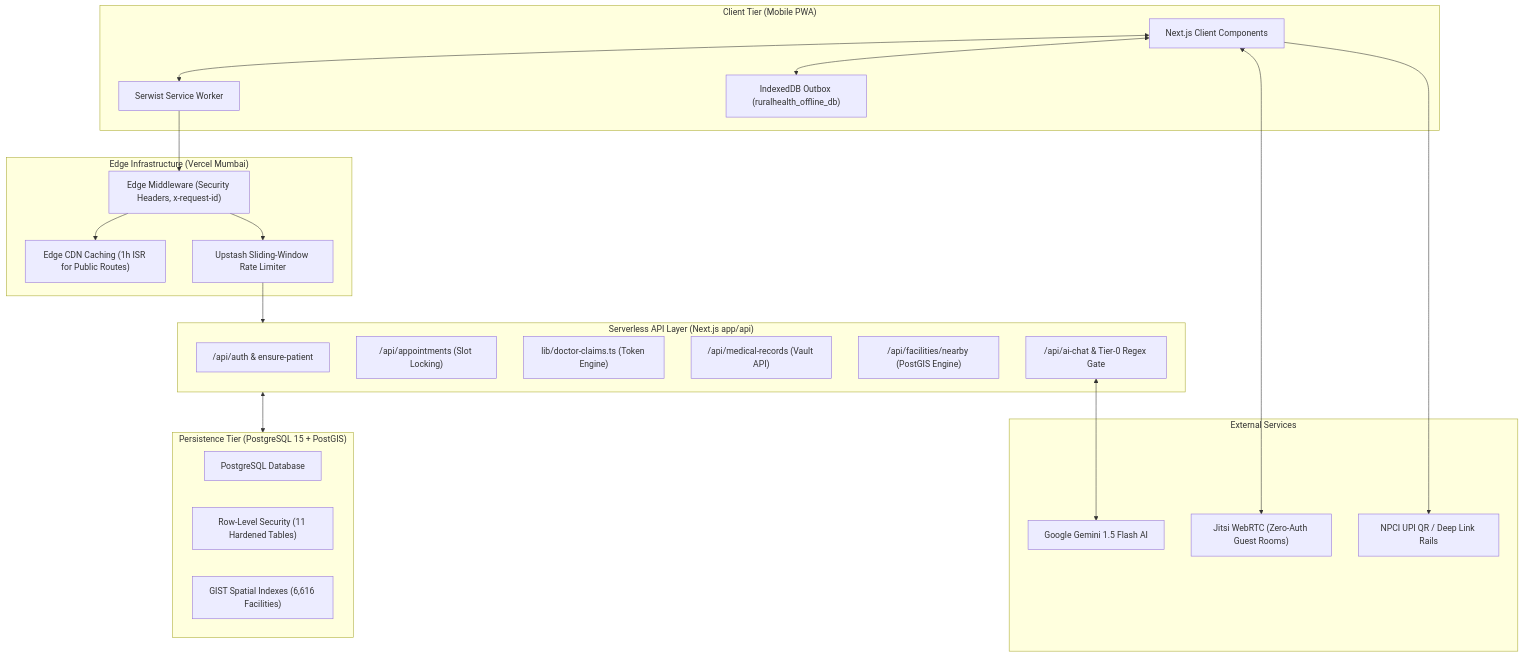
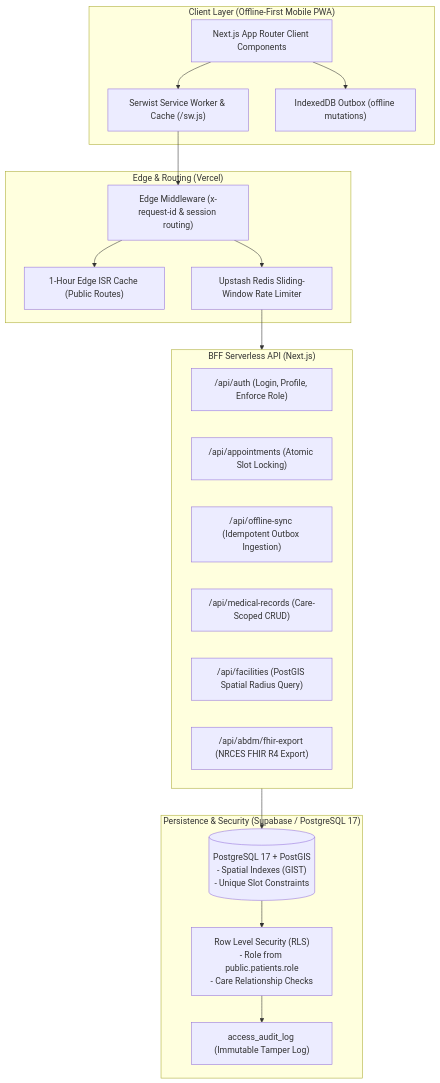
Before and after one commit to Arnavshukla09/RURAL-HEALTHCARE-PLATFORM: the diagram in README.md, drawn with Mermaid. The commit also changed other lines of this file and 31 other files, not shown here.

````diff
--- a/README.md
+++ b/README.md
@@ -348,46 +18,39 @@
 ```mermaid
 flowchart TD
-    subgraph Client["Client Tier (Mobile PWA)"]
-        UI["Next.js Client Components"]
-        SW["Serwist Service Worker"]
-        IDB["IndexedDB Outbox (ruralhealth_offline_db)"]
+    subgraph ClientLayer["Client Layer (Offline-First Mobile PWA)"]
+        PWA["Serwist Service Worker & Cache (/sw.js)"]
+        IDB["IndexedDB Outbox (offline mutations)"]
+        UI["Next.js App Router Client Components"]
     end
 
-    subgraph Edge["Edge Infrastructure (Vercel Mumbai)"]
-        MW["Edge Middleware (Security Headers, x-request-id)"]
-        ISR["Edge CDN Caching (1h ISR for Public Routes)"]
-        RateLimit["Upstash Sliding-Window Rate Limiter"]
+    subgraph EdgePerimeter["Edge & Routing (Vercel)"]
+        MW["Edge Middleware (x-request-id & session routing)"]
+        ISR["1-Hour Edge ISR Cache (Public Routes)"]
+        RL["Upstash Redis Sliding-Window Rate Limiter"]
     end
 
-    subgraph Serverless["Serverless API Layer (Next.js app/api)"]
-        AuthRoute["/api/auth & ensure-patient"]
-        ApptRoute["/api/appointments (Slot Locking)"]
-        ClaimRoute["lib/doctor-claims.ts (Token Engine)"]
-        RecordRoute["/api/medical-records (Vault API)"]
-        GeoRoute["/api/facilities/nearby (PostGIS Engine)"]
-        AIRoute["/api/ai-chat & Tier-0 Regex Gate"]
+    subgraph BackendServices["BFF Serverless API (Next.js)"]
+        AuthAPI["/api/auth (Login, Profile, Enforce Role)"]
+        AppointAPI["/api/appointments (Atomic Slot Locking)"]
+        SyncAPI["/api/offline-sync (Idempotent Outbox Ingestion)"]
+        RecordsAPI["/api/medical-records (Care-Scoped CRUD)"]
+        GeoAPI["/api/facilities (PostGIS Spatial Radius Query)"]
+        FHIRAPI["/api/abdm/fhir-export (NRCES FHIR R4 Export)"]
     end
 
-    subgraph Database["Persistence Tier (PostgreSQL 15 + PostGIS)"]
-        PG["PostgreSQL Database"]
-        RLS["Row-Level Security (11 Hardened Tables)"]
-        SpatialIdx["GIST Spatial Indexes (6,616 Facilities)"]
+    subgraph DataLayer["Persistence & Security (Supabase / PostgreSQL 17)"]
+        DB[("PostgreSQL 17 + PostGIS\n- Spatial Indexes (GIST)\n- Unique Slot Constraints")]
+        RLS["Row Level Security (RLS)\n- Role from public.patients.role\n- Care Relationship Checks"]
+        Audit["access_audit_log (Immutable Tamper Log)"]
     end
 
-    subgraph External["External Services"]
-        Jitsi["Jitsi WebRTC (Zero-Auth Guest Rooms)"]
-        Gemini["Google Gemini 1.5 Flash AI"]
-        UPI["NPCI UPI QR / Deep Link Rails"]
-    end
-
-    UI <--> SW
-    UI <--> IDB
-    SW --> MW
+    UI --> PWA
+    UI --> IDB
+    PWA --> MW
     MW --> ISR
-    MW --> RateLimit
-    RateLimit --> Serverless
-    Serverless <--> Database
-    UI <--> Jitsi
-    AIRoute <--> Gemini
-    UI --> UPI
+    MW --> RL
+    RL --> BackendServices
+    BackendServices --> DB
+    DB --> RLS
+    RLS --> Audit
 ```
````
